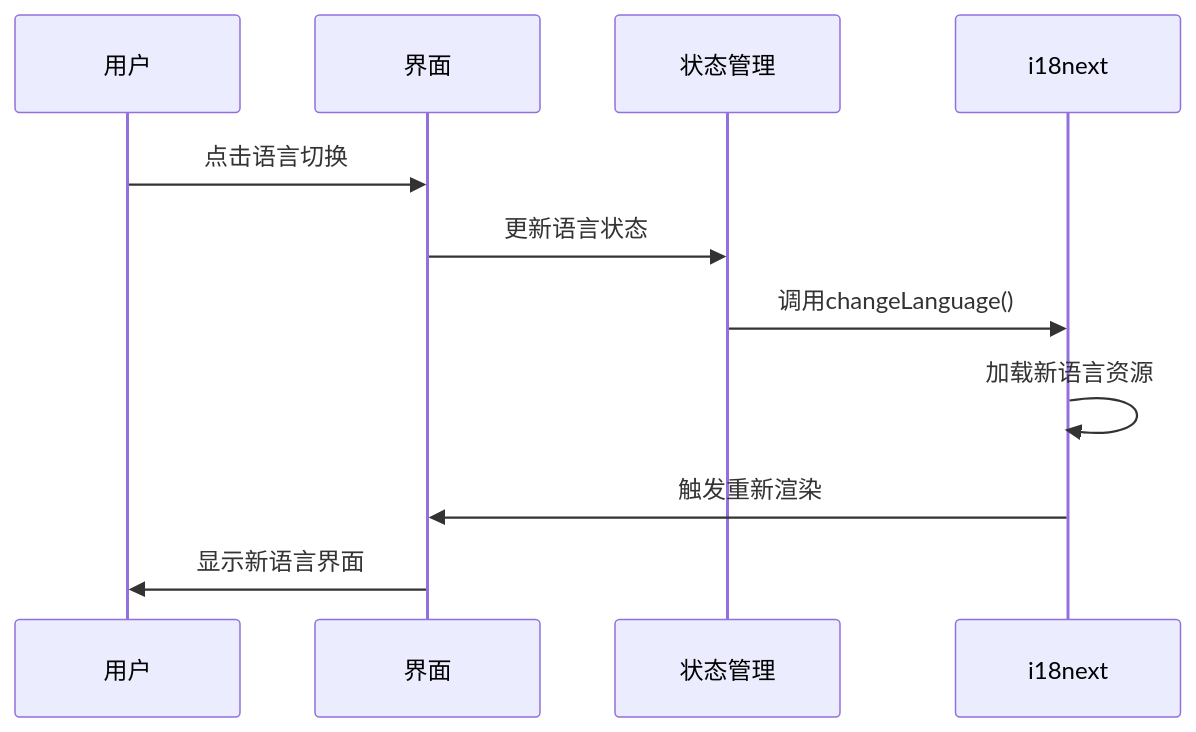
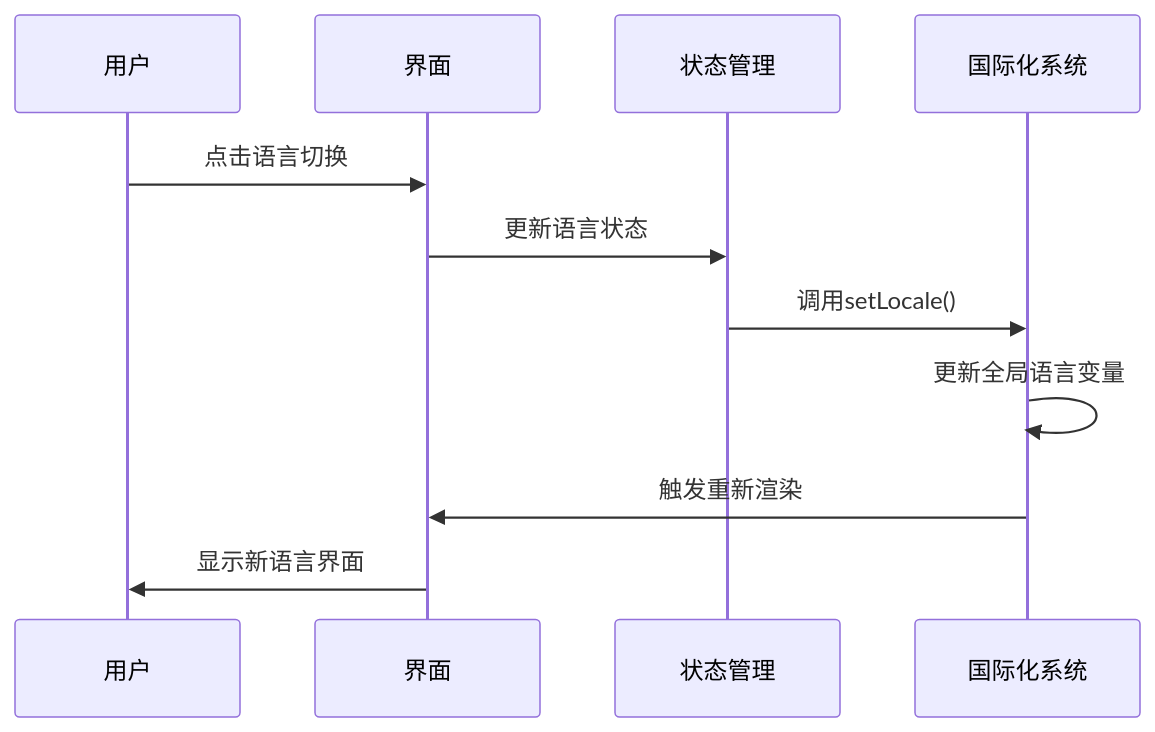
One commit to gongshiyun/ZenNote changed the second of 2 diagrams in .qoder/repowiki/zh/content/国际化.md. Above: the diagram before and after it, drawn with Mermaid. The commit also changed other lines of this file and 88 other files, not shown here.

````diff
--- a/.qoder/repowiki/zh/content/国际化.md
+++ b/.qoder/repowiki/zh/content/国际化.md
@@ -182,13 +171,13 @@
 ```mermaid
 sequenceDiagram
 participant U as 用户
 participant UI as 界面
 participant S as 状态管理
-participant I as i18next
+participant I as 国际化系统
 U->>UI : 点击语言切换
 UI->>S : 更新语言状态
-S->>I : 调用changeLanguage()
-I->>I : 加载新语言资源
+S->>I : 调用setLocale()
+I->>I : 更新全局语言变量
 I->>UI : 触发重新渲染
 UI->>U : 显示新语言界面
 ```
````
